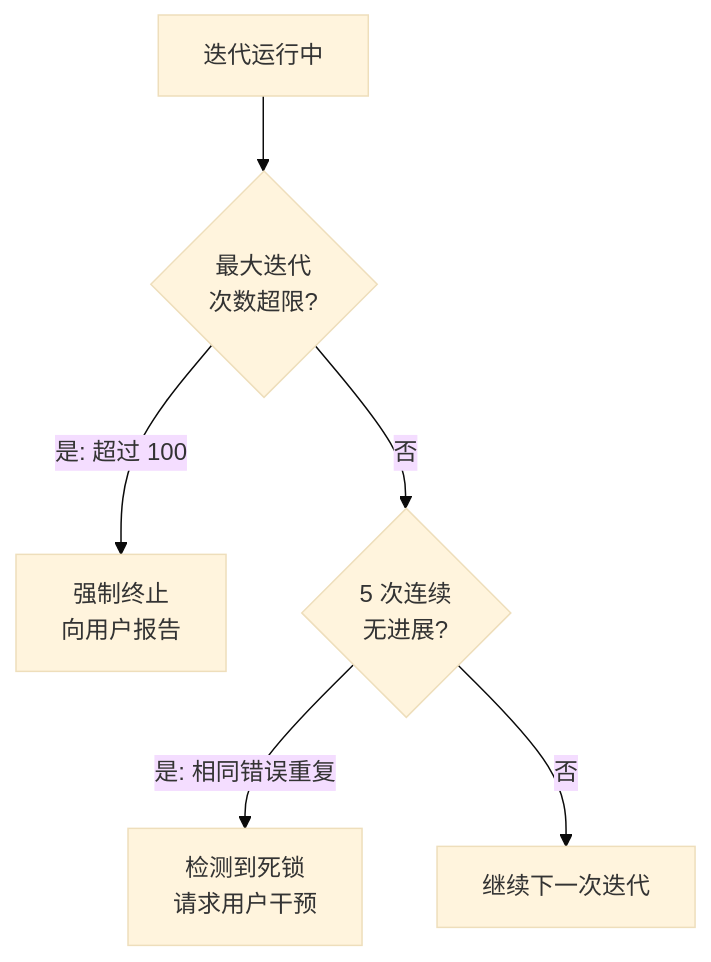
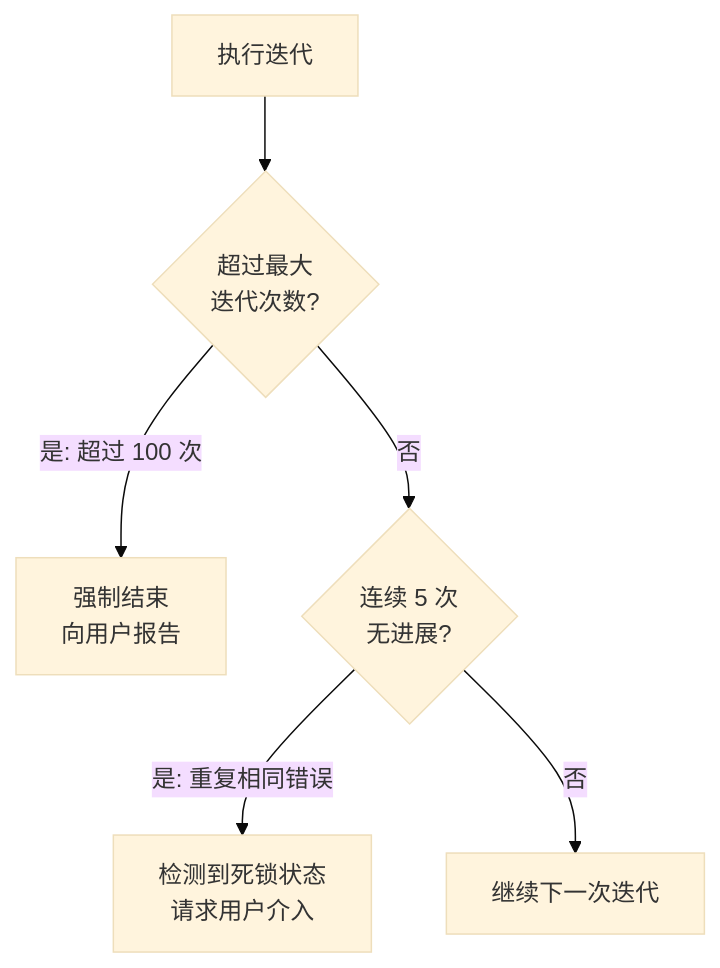
One commit to modu-ai/moai-adk changed the second of 4 diagrams in docs-site/content/zh/utility-commands/moai-loop.md. Above: the diagram before and after it, drawn with Mermaid (base theme). The commit also changed other lines of this file and 395 other files, not shown here.

````diff
--- a/docs-site/content/zh/utility-commands/moai-loop.md
+++ b/docs-site/content/zh/utility-commands/moai-loop.md
@@ -129,8 +150,8 @@
 ```mermaid
 flowchart TD
-    A[迭代运行中] --> B{最大迭代<br/>次数超限?}
-    B -->|是: 超过 100| C["强制终止<br/>向用户报告"]
-    B -->|否| D{5 次连续<br/>无进展?}
-    D -->|是: 相同错误重复| E["检测到死锁<br/>请求用户干预"]
+    A[执行迭代] --> B{超过最大<br/>迭代次数?}
+    B -->|是: 超过 100 次| C["强制结束<br/>向用户报告"]
+    B -->|否| D{连续 5 次<br/>无进展?}
+    D -->|是: 重复相同错误| E["检测到死锁状态<br/>请求用户介入"]
     D -->|否| F[继续下一次迭代]
 ```
````
